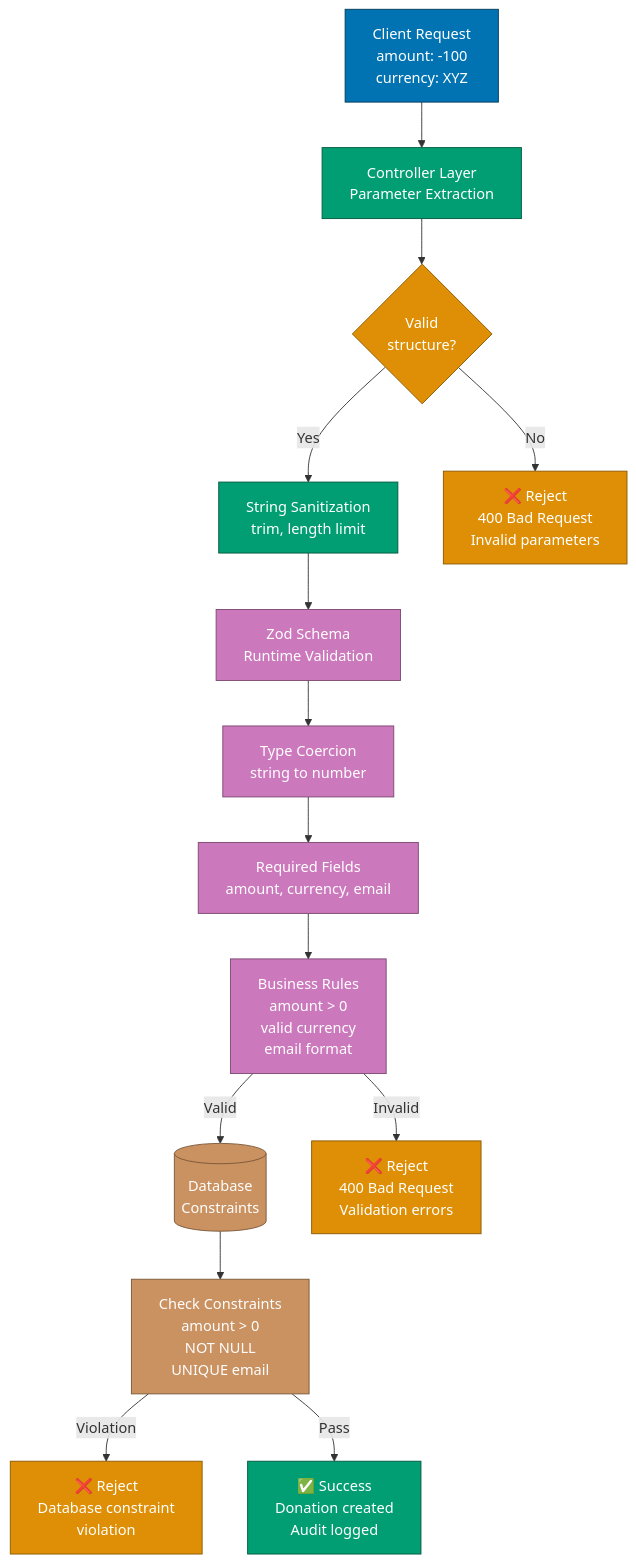
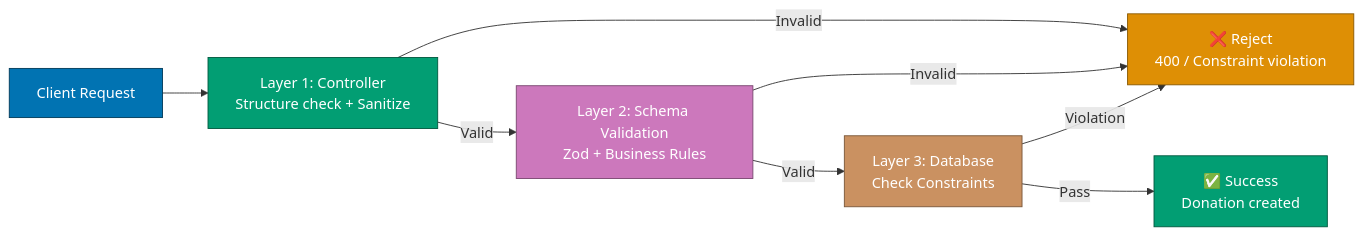
The first of 3 diagrams in docs/explanation/software-engineering/programming-languages/typescript/security.md (wahidyankf/open-sharia-enterprise), drawn with Mermaid before and after one commit. The commit also changed other lines of this file and 16 other files, not shown here.

First line of the commit message:
fix(docs): fix mermaid violations in typescript docs

````diff
--- a/docs/explanation/software-engineering/programming-languages/typescript/security.md
+++ b/docs/explanation/software-engineering/programming-languages/typescript/security.md
@@ -142,61 +142,23 @@
 ```mermaid
-graph TD
-    %% Input Source
-    CLIENT[Client Request<br/>amount: -100<br/>currency: XYZ]
+graph LR
+    CLIENT[Client Request]:::blue
+    L1["Layer 1: Controller<br/>Structure check + Sanitize"]:::teal
+    L2["Layer 2: Schema Validation<br/>Zod + Business Rules"]:::purple
+    L3["Layer 3: Database<br/>Check Constraints"]:::brown
+    SUCCESS["✅ Success<br/>Donation created"]:::teal
+    REJECT["❌ Reject<br/>400 / Constraint violation"]:::orange
 
-    %% Layer 1: Controller
-    CONTROLLER[Controller Layer<br/>Parameter Extraction]
-    WHITELIST{Valid<br/>structure?}
-    SANITIZE[String Sanitization<br/>trim, length limit]
+    CLIENT --> L1
+    L1 -->|Invalid| REJECT
+    L1 -->|Valid| L2
+    L2 -->|Invalid| REJECT
+    L2 -->|Valid| L3
+    L3 -->|Violation| REJECT
+    L3 -->|Pass| SUCCESS
 
-    %% Layer 2: Schema Validation
-    ZOD[Zod Schema<br/>Runtime Validation]
-    TYPE_CHECK[Type Coercion<br/>string to number]
-    VALIDATE_REQ[Required Fields<br/>amount, currency, email]
-    VALIDATE_BIZ[Business Rules<br/>amount > 0<br/>valid currency<br/>email format]
-
-    %% Layer 3: Database
-    DATABASE[(Database<br/>Constraints)]
-    DB_CONSTRAINTS[Check Constraints<br/>amount > 0<br/>NOT NULL<br/>UNIQUE email]
-
-    %% Success/Error Paths
-    REJECT_PARAM[❌ Reject<br/>400 Bad Request<br/>Invalid parameters]
-    REJECT_BIZ[❌ Reject<br/>400 Bad Request<br/>Validation errors]
-    REJECT_DB[❌ Reject<br/>Database constraint<br/>violation]
-    SUCCESS[✅ Success<br/>Donation created<br/>Audit logged]
-
-    %% Flow
-    CLIENT --> CONTROLLER
-    CONTROLLER --> WHITELIST
-
-    WHITELIST -->|No| REJECT_PARAM
-    WHITELIST -->|Yes| SANITIZE
-
-    SANITIZE --> ZOD
-    ZOD --> TYPE_CHECK
-    TYPE_CHECK --> VALIDATE_REQ
-    VALIDATE_REQ --> VALIDATE_BIZ
-
-    VALIDATE_BIZ -->|Invalid| REJECT_BIZ
-    VALIDATE_BIZ -->|Valid| DATABASE
-
-    DATABASE --> DB_CONSTRAINTS
-    DB_CONSTRAINTS -->|Violation| REJECT_DB
-    DB_CONSTRAINTS -->|Pass| SUCCESS
-
-    %% Styling (WCAG AA compliant)
-    style CLIENT fill:#0173B2,stroke:#023B5A,color:#FFF
-    style CONTROLLER fill:#029E73,stroke:#01593F,color:#FFF
-    style WHITELIST fill:#DE8F05,stroke:#8A5903,color:#FFF
-    style SANITIZE fill:#029E73,stroke:#01593F,color:#FFF
-    style ZOD fill:#CC78BC,stroke:#7A4871,color:#FFF
-    style TYPE_CHECK fill:#CC78BC,stroke:#7A4871,color:#FFF
-    style VALIDATE_REQ fill:#CC78BC,stroke:#7A4871,color:#FFF
-    style VALIDATE_BIZ fill:#CC78BC,stroke:#7A4871,color:#FFF
-    style DATABASE fill:#CA9161,stroke:#7A5739,color:#FFF
-    style DB_CONSTRAINTS fill:#CA9161,stroke:#7A5739,color:#FFF
-    style REJECT_PARAM fill:#DE8F05,stroke:#8A5903,color:#FFF
-    style REJECT_BIZ fill:#DE8F05,stroke:#8A5903,color:#FFF
-    style REJECT_DB fill:#DE8F05,stroke:#8A5903,color:#FFF
-    style SUCCESS fill:#029E73,stroke:#01593F,color:#FFF
+    classDef blue fill:#0173B2,stroke:#023B5A,color:#FFF
+    classDef teal fill:#029E73,stroke:#01593F,color:#FFF
+    classDef purple fill:#CC78BC,stroke:#7A4871,color:#FFF
+    classDef brown fill:#CA9161,stroke:#7A5739,color:#FFF
+    classDef orange fill:#DE8F05,stroke:#8A5903,color:#FFF
 ```
````
